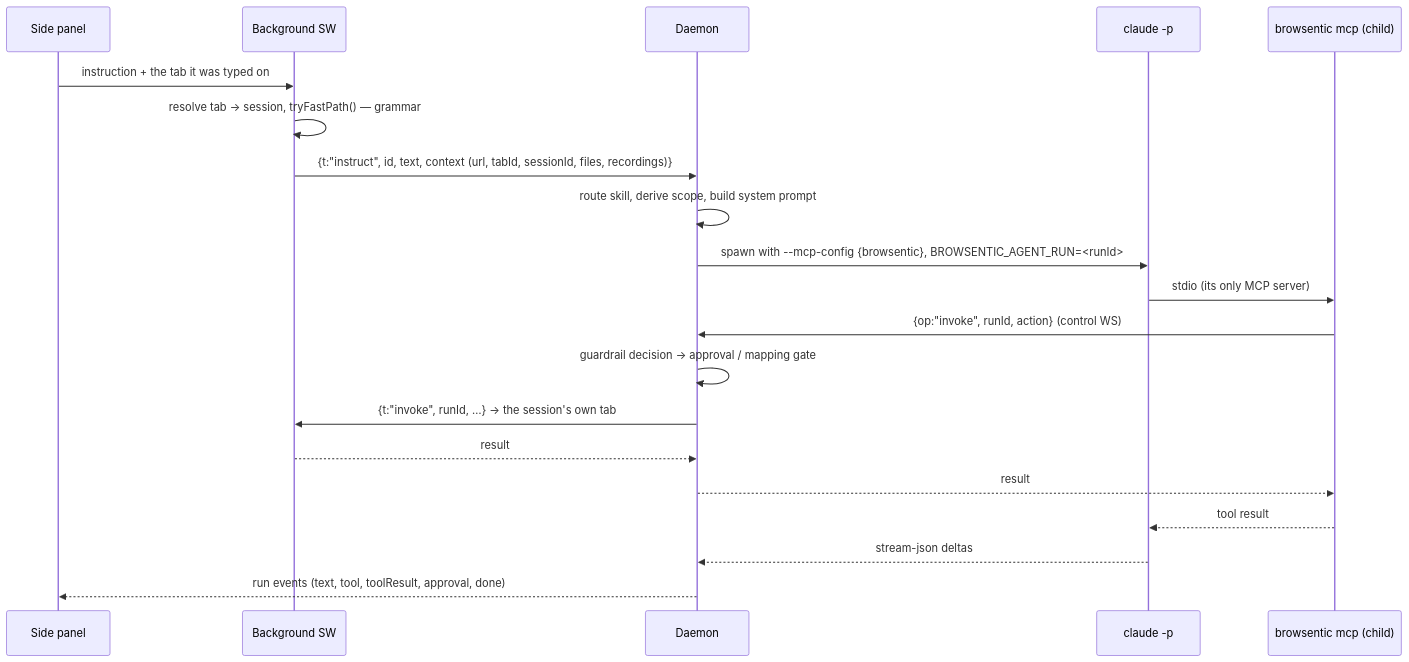
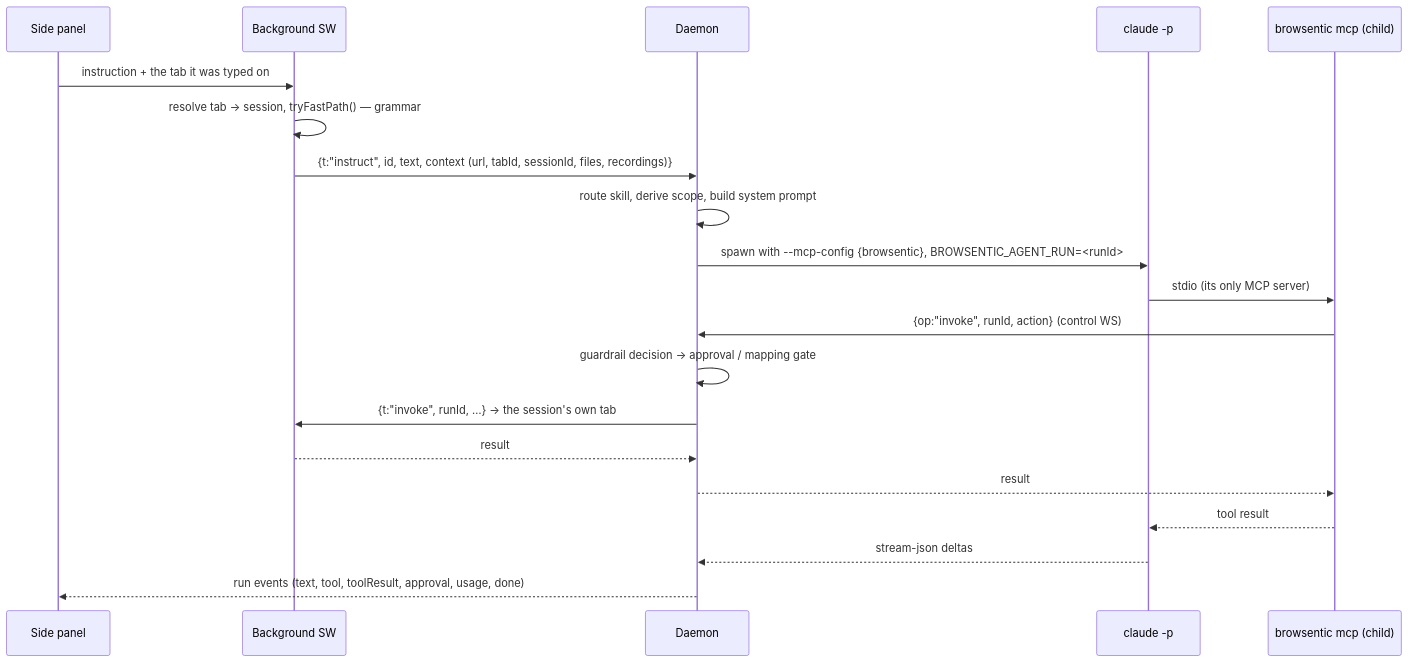
One commit to imshaikot/browsentic changed the diagram in docs/internals/agent-runs.md. Above: the diagram before and after it, drawn with Mermaid. The commit also changed 9 other files, not shown here.

````diff
--- a/docs/internals/agent-runs.md
+++ b/docs/internals/agent-runs.md
@@ -42,23 +42,23 @@
 ```mermaid
 sequenceDiagram
     participant S as Side panel
     participant B as Background SW
     participant D as Daemon
     participant K as claude -p
     participant M as browsentic mcp (child)
 
     S->>B: instruction + the tab it was typed on
     B->>B: resolve tab → session, tryFastPath() — grammar
     B->>D: {t:"instruct", id, text, context (url, tabId, sessionId, files, recordings)}
     D->>D: route skill, derive scope, build system prompt
     D->>K: spawn with --mcp-config {browsentic}, BROWSENTIC_AGENT_RUN=<runId>
     K->>M: stdio (its only MCP server)
     M->>D: {op:"invoke", runId, action} (control WS)
     D->>D: guardrail decision → approval / mapping gate
     D->>B: {t:"invoke", runId, …} → the session's own tab
     B-->>D: result
     D-->>M: result
     M-->>K: tool result
     K-->>D: stream-json deltas
-    D-->>S: run events (text, tool, toolResult, approval, done)
+    D-->>S: run events (text, tool, toolResult, approval, usage, done)
 ```
````
